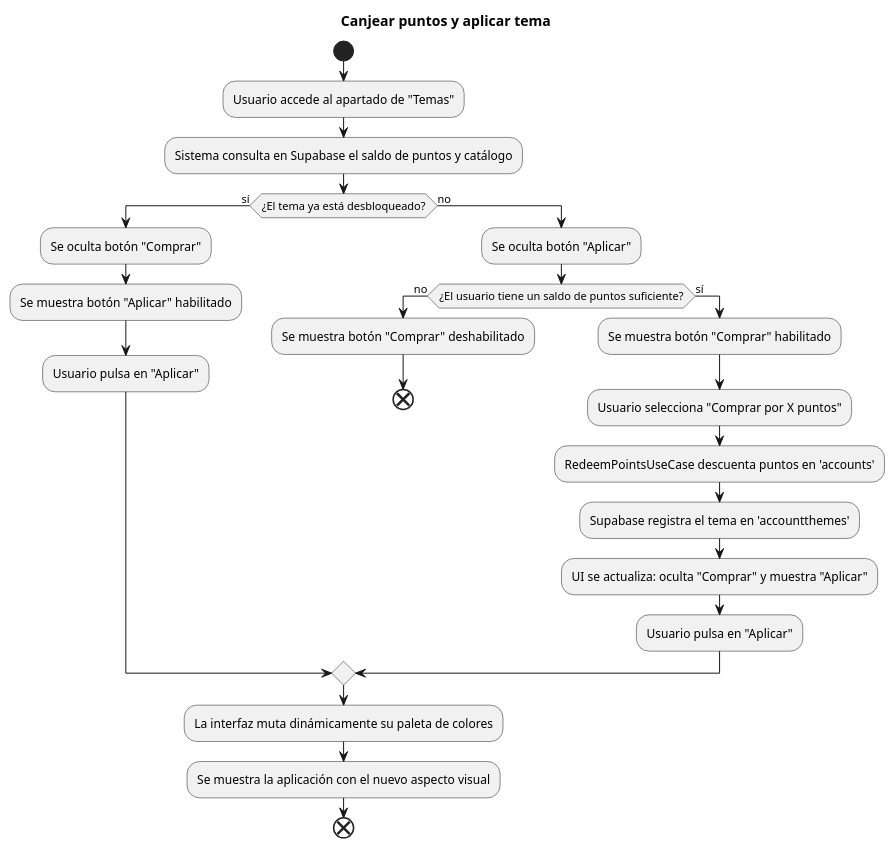
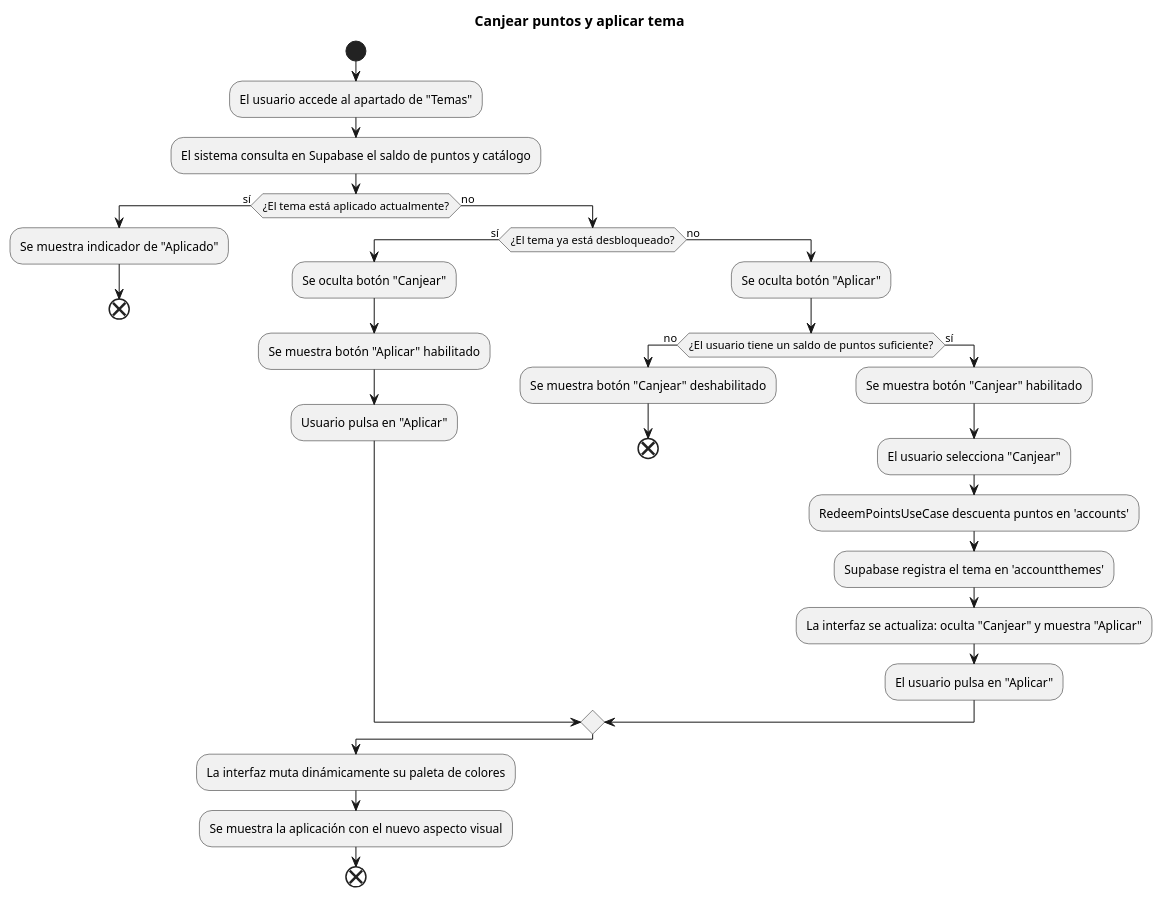
The diagram in docs/diseño/Iteración 4/Diagramas de actividad.puml (mmmatanza/BikeParkingApp), drawn with PlantUML before and after one commit. The commit also changed 33 other files, not shown here.

```diff
--- a/docs/diseño/Iteración 4/Diagramas de actividad.puml
+++ b/docs/diseño/Iteración 4/Diagramas de actividad.puml
@@ -1,34 +1,39 @@
 @startuml
 skinparam PointingScale 1.5
 
 start
 
 title Canjear puntos y aplicar tema
 
-:Usuario accede al apartado de "Temas";
-:Sistema consulta en Supabase el saldo de puntos y catálogo;
+:El usuario accede al apartado de "Temas";
+:El sistema consulta en Supabase el saldo de puntos y catálogo;
 
-if (¿El tema ya está desbloqueado?) then (sí)
-    :Se oculta botón "Comprar";
-    :Se muestra botón "Aplicar" habilitado;
-    :Usuario pulsa en "Aplicar";
+if (¿El tema está aplicado actualmente?) then (sí)
+    :Se muestra indicador de "Aplicado";
+    end
 else (no)
-    :Se oculta botón "Aplicar";
-    if (¿El usuario tiene un saldo de puntos suficiente?) then (no)
-        :Se muestra botón "Comprar" deshabilitado;
-        end
-    else (sí)
-        :Se muestra botón "Comprar" habilitado;
-        :Usuario selecciona "Comprar por X puntos";
-        :RedeemPointsUseCase descuenta puntos en 'accounts';
-        :Supabase registra el tema en 'accountthemes';
-        :UI se actualiza: oculta "Comprar" y muestra "Aplicar";
+    if (¿El tema ya está desbloqueado?) then (sí)
+        :Se oculta botón "Canjear";
+        :Se muestra botón "Aplicar" habilitado;
         :Usuario pulsa en "Aplicar";
+    else (no)
+        :Se oculta botón "Aplicar";
+        if (¿El usuario tiene un saldo de puntos suficiente?) then (no)
+            :Se muestra botón "Canjear" deshabilitado;
+            end
+        else (sí)
+            :Se muestra botón "Canjear" habilitado;
+            :El usuario selecciona "Canjear";
+            :RedeemPointsUseCase descuenta puntos en 'accounts';
+            :Supabase registra el tema en 'accountthemes';
+            :La interfaz se actualiza: oculta "Canjear" y muestra "Aplicar";
+            :El usuario pulsa en "Aplicar";
+        endif
     endif
 endif
 
 :La interfaz muta dinámicamente su paleta de colores;
 :Se muestra la aplicación con el nuevo aspecto visual;
 
 end
 @enduml
```
